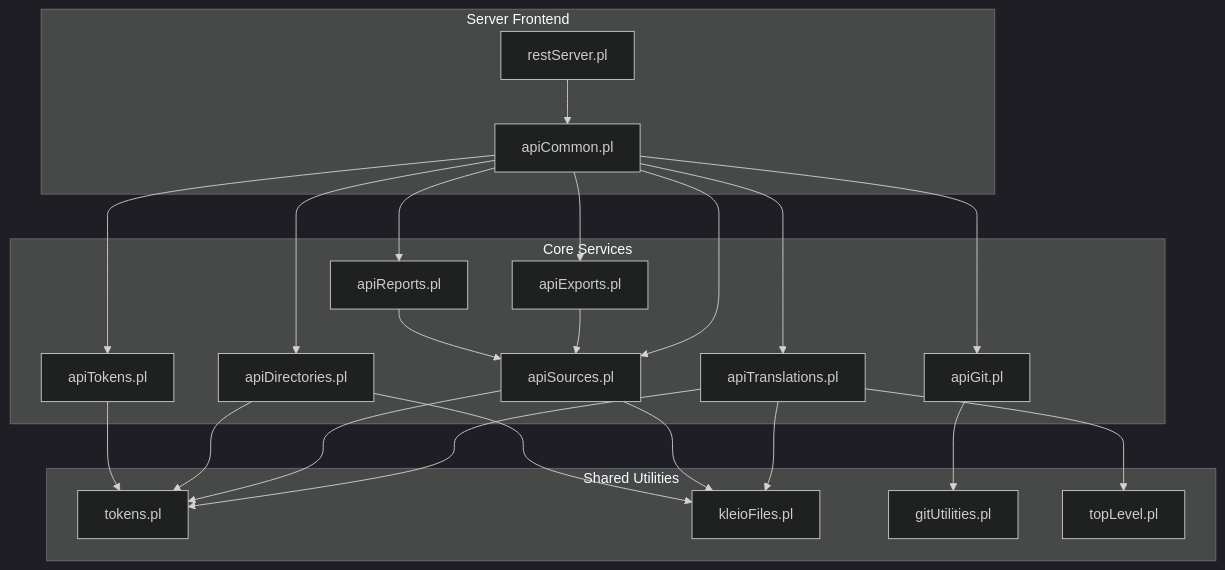
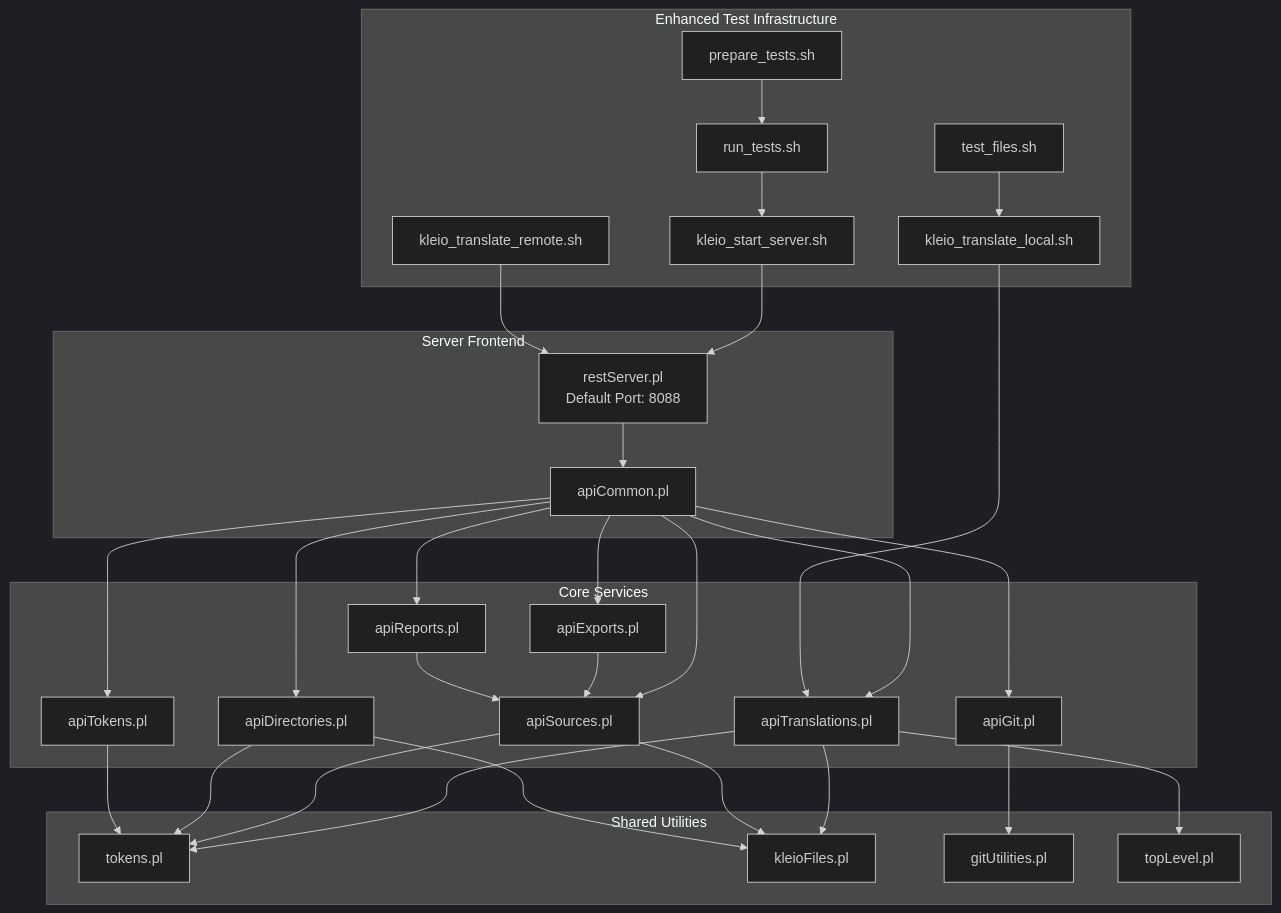
The first of 10 diagrams in .qoder/repowiki/en/content/Project Overview/Core Services/Core Services.md (time-link/timelink-kleio), drawn with Mermaid (dark theme) before and after one commit. The commit also changed other lines of this file and 189 other files, not shown here.

First line of the commit message:
feat: XML diff skill + semantic test infrastructure for YAML migration

````diff
--- a/.qoder/repowiki/en/content/Project Overview/Core Services/Core Services.md
+++ b/.qoder/repowiki/en/content/Project Overview/Core Services/Core Services.md
@@ -50,41 +66,55 @@
 ```mermaid
 graph TB
 subgraph "Server Frontend"
-RS["restServer.pl"]
+RS["restServer.pl<br/>Default Port: 8088"]
 AC["apiCommon.pl"]
 end
 subgraph "Core Services"
 TR["apiTranslations.pl"]
 SR["apiSources.pl"]
 DR["apiDirectories.pl"]
 EX["apiExports.pl"]
 RP["apiReports.pl"]
 GT["apiGit.pl"]
 TK["apiTokens.pl"]
 end
 subgraph "Shared Utilities"
 TF["tokens.pl"]
 KL["kleioFiles.pl"]
 GU["gitUtilities.pl"]
 TL["topLevel.pl"]
+end
+subgraph "Enhanced Test Infrastructure"
+TS["kleio_start_server.sh"]
+RT["run_tests.sh"]
+PT["prepare_tests.sh"]
+LTR["kleio_translate_remote.sh"]
+LTL["kleio_translate_local.sh"]
+TFIL["test_files.sh"]
 end
 RS --> AC
 AC --> TR
 AC --> SR
 AC --> DR
 AC --> EX
 AC --> RP
 AC --> GT
 AC --> TK
 TR --> KL
 TR --> TF
 TR --> TL
 SR --> KL
 SR --> TF
 DR --> KL
 DR --> TF
 EX --> SR
 RP --> SR
 GT --> GU
 TK --> TF
+TS --> RS
+RT --> TS
+PT --> RT
+LTR --> RS
+LTL --> TR
+TFIL --> LTL
 ```
````
